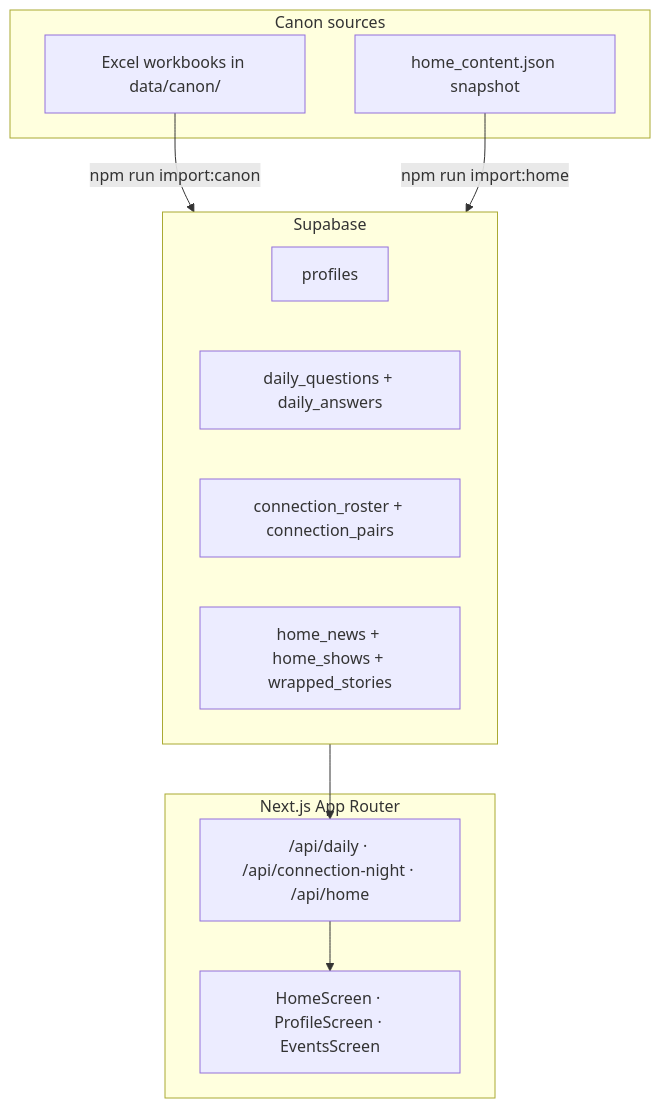
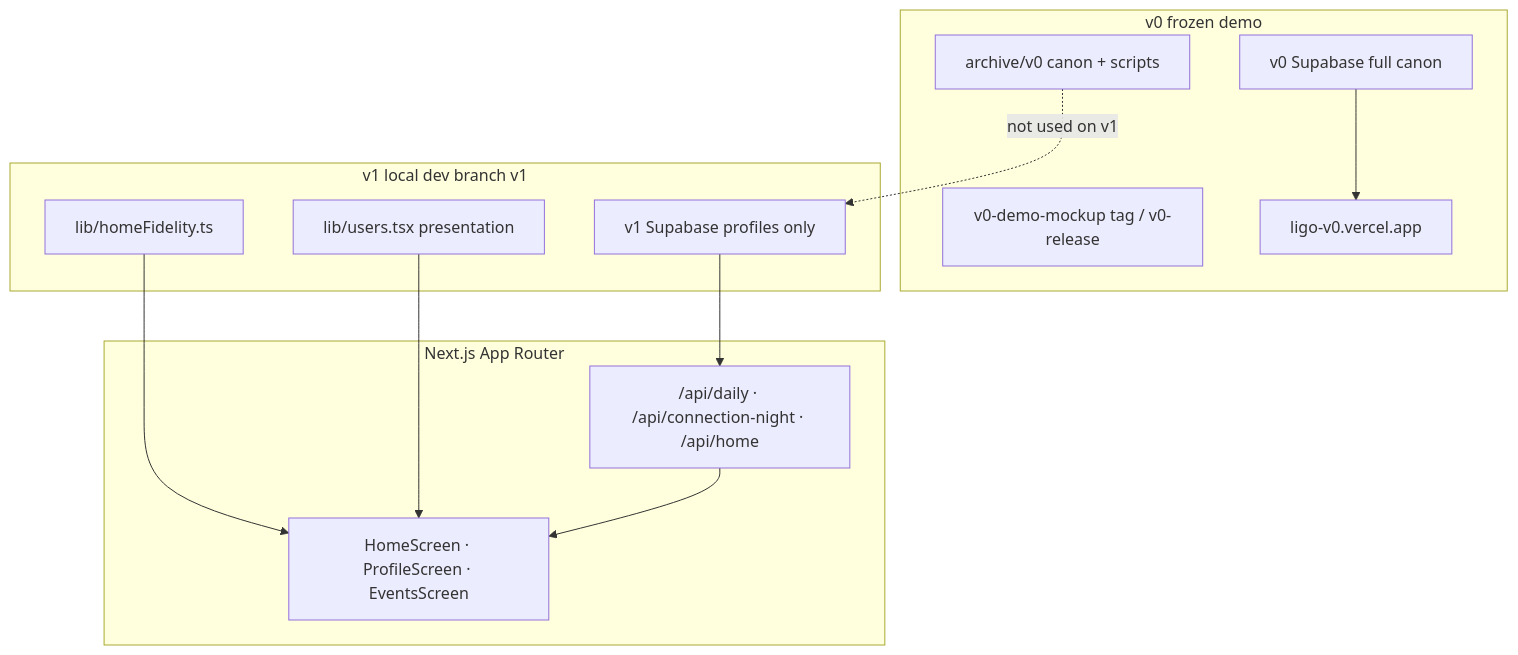
One commit to tmd2-lang/eventmockup changed the diagram in README.md. Above: the diagram before and after it, drawn with Mermaid. The commit also changed other lines of this file and 1 other file, not shown here.

````diff
--- a/README.md
+++ b/README.md
@@ -60,24 +60,27 @@
 ```mermaid
 flowchart TB
-  subgraph canon [Canon sources]
-    XLSX[Excel workbooks in data/canon/]
-    JSON[home_content.json snapshot]
+  subgraph v0frozen [v0 frozen demo]
+    v0Tag[v0-demo-mockup tag / v0-release]
+    v0Vercel[ligo-v0.vercel.app]
+    v0Canon[archive/v0 canon + scripts]
+    v0Db[v0 Supabase full canon]
   end
 
-  subgraph supabase [Supabase]
-    P[profiles]
-    DQ[daily_questions + daily_answers]
-    CN[connection_roster + connection_pairs]
-    HN[home_news + home_shows + wrapped_stories]
+  subgraph v1local [v1 local dev branch v1]
+    v1Db[v1 Supabase profiles only]
+    v1Fidelity[lib/homeFidelity.ts]
+    v1Users[lib/users.tsx presentation]
   end
 
   subgraph next [Next.js App Router]
     API["/api/daily · /api/connection-night · /api/home"]
     UI[HomeScreen · ProfileScreen · EventsScreen]
   end
 
-  XLSX -->|npm run import:canon| supabase
-  JSON -->|npm run import:home| supabase
-  supabase --> API
+  v0Canon -.->|not used on v1| v1Db
+  v1Db --> API
+  v1Fidelity --> UI
+  v1Users --> UI
   API --> UI
+  v0Db --> v0Vercel
 ```
````
